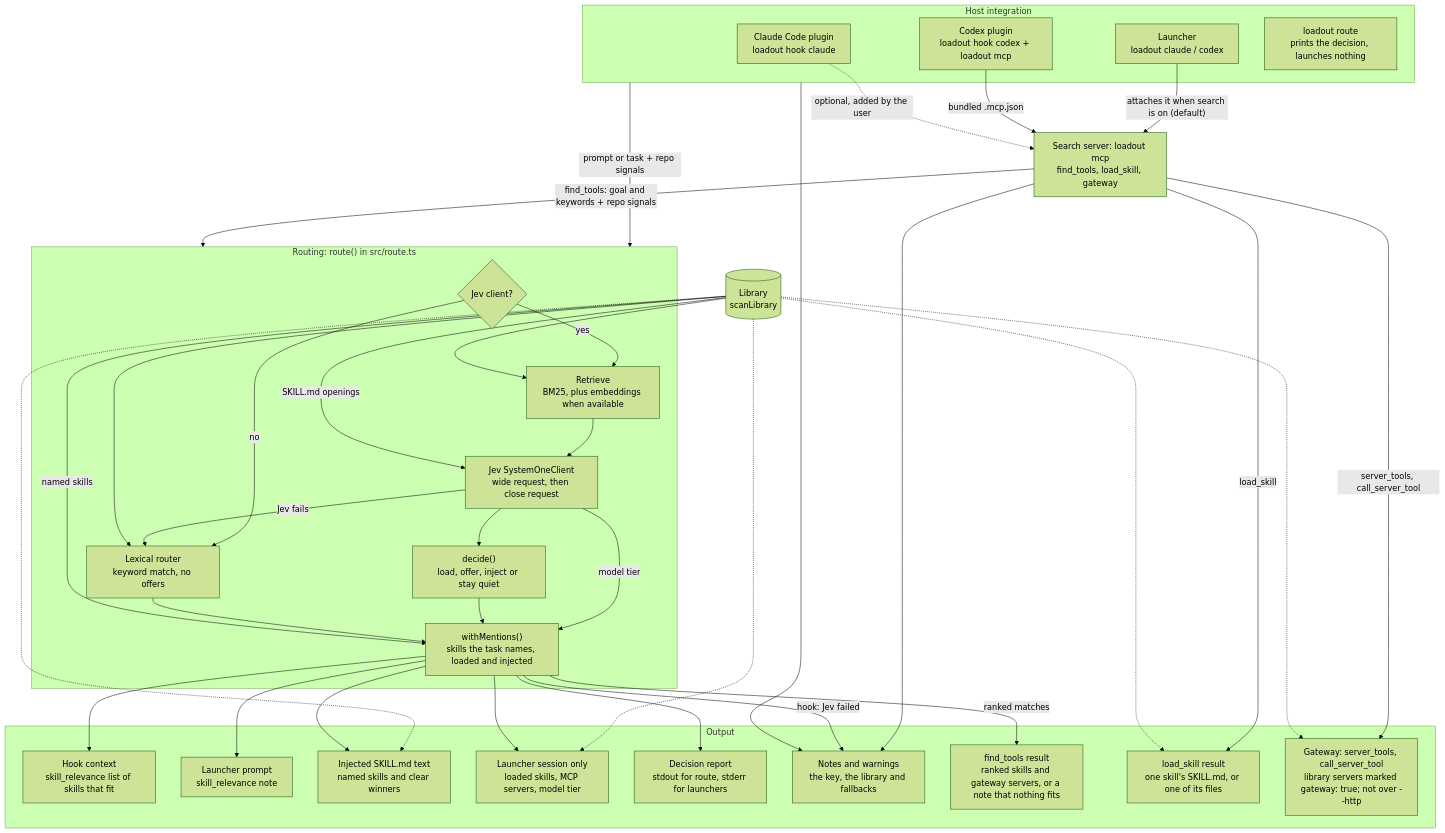
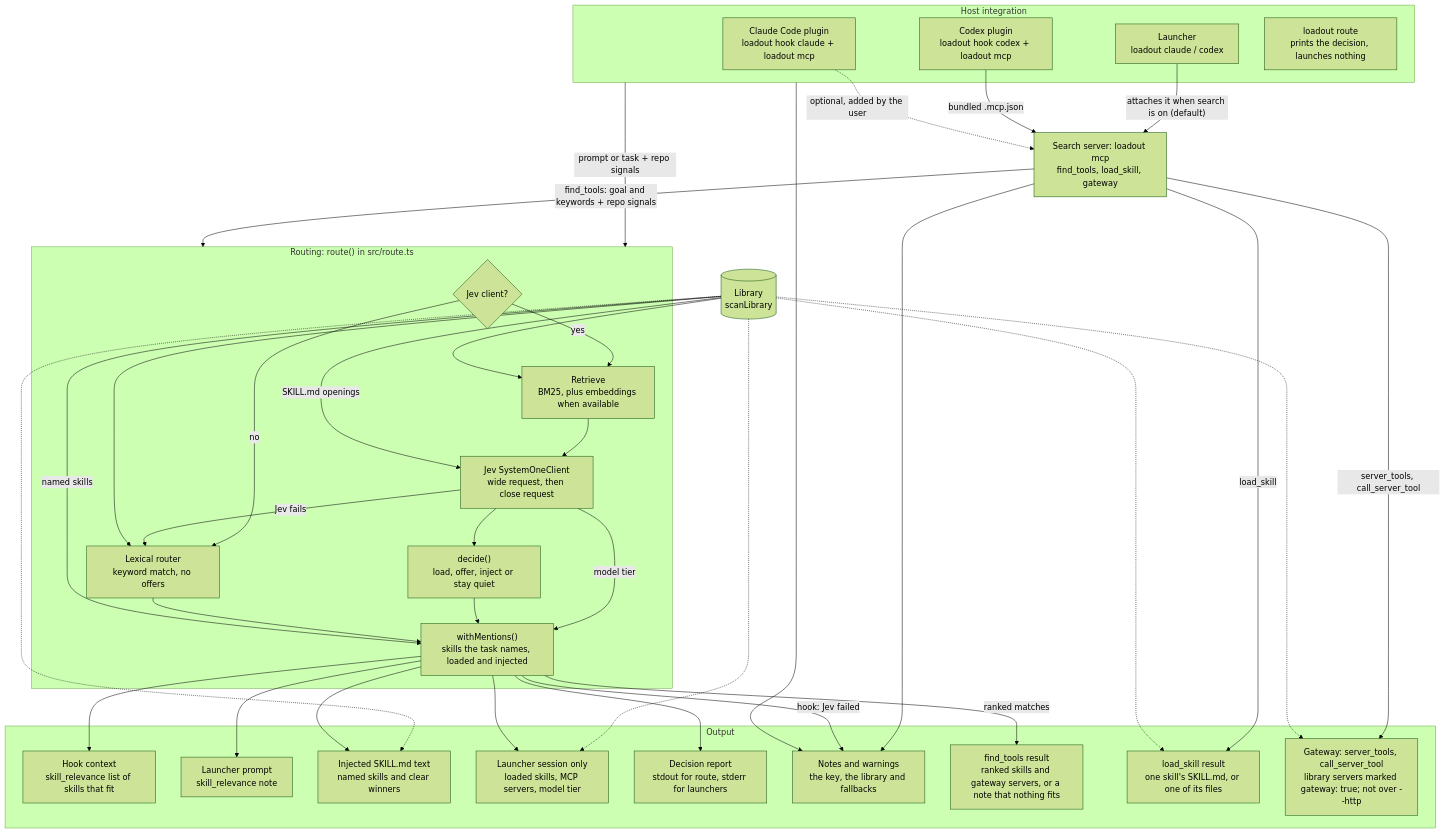
The diagram in DESIGN.md (erik-hedstrom/loadout), drawn with Mermaid (forest theme) before and after one commit. The commit also changed other lines of this file and 19 other files, not shown here.

First line of the commit message:
D13: the Claude Code plugin carries the loadout MCP server (#72)

````diff
--- a/DESIGN.md
+++ b/DESIGN.md
@@ -32,67 +32,67 @@
 ```mermaid
 flowchart TB
     subgraph host["Host integration"]
-        CH["Claude Code plugin<br/>loadout hook claude"]
+        CH["Claude Code plugin<br/>loadout hook claude + loadout mcp"]
         XH["Codex plugin<br/>loadout hook codex + loadout mcp"]
         LA["Launcher<br/>loadout claude / codex"]
         RT["loadout route<br/>prints the decision, launches nothing"]
     end
 
     MS["Search server: loadout mcp<br/>find_tools, load_skill, gateway"]
 
     LIB[("Library<br/>scanLibrary")]
 
     subgraph routing["Routing: route() in src/route.ts"]
         GATE{"Jev client?"}
         RET["Retrieve<br/>BM25, plus embeddings when available"]
         JEV["Jev SystemOneClient<br/>wide request, then close request"]
         DEC["decide()<br/>load, offer, inject or stay quiet"]
         LEX["Lexical router<br/>keyword match, no offers"]
         MEN["withMentions()<br/>skills the task names, loaded and injected"]
         GATE -->|"yes"| RET
         GATE -->|"no"| LEX
         RET --> JEV
         JEV -->|"Jev fails"| LEX
         JEV --> DEC
         JEV -->|"model tier"| MEN
         DEC --> MEN
         LEX --> MEN
     end
 
     subgraph out["Output"]
         HC["Hook context<br/>skill_relevance list of skills that fit"]
         LC["Launcher prompt<br/>skill_relevance note"]
         INJ["Injected SKILL.md text<br/>named skills and clear winners"]
         LSN["Launcher session only<br/>loaded skills, MCP servers, model tier"]
         DR["Decision report<br/>stdout for route, stderr for launchers"]
         NOTE["Notes and warnings<br/>the key, the library and fallbacks"]
         FSR["find_tools result<br/>ranked skills and gateway servers, or a note that nothing fits"]
         LS["load_skill result<br/>one skill's SKILL.md, or one of its files"]
         GW["Gateway: server_tools, call_server_tool<br/>library servers marked gateway: true; not over --http"]
     end
 
     host -->|"prompt or task + repo signals"| routing
     LA -->|"attaches it when search is on (default)"| MS
     XH -->|"bundled .mcp.json"| MS
     CH -.->|"optional, added by the user"| MS
     MS -->|"find_tools: goal and keywords + repo signals"| routing
     MS -->|"load_skill"| LS
     MS -->|"server_tools, call_server_tool"| GW
     LIB --> RET
     LIB --> LEX
     LIB -->|"named skills"| MEN
     LIB -->|"SKILL.md openings"| JEV
     LIB -.-> INJ
     LIB -.-> LSN
     LIB -.-> LS
     LIB -.-> GW
     host --> NOTE
     MS --> NOTE
     MEN --> HC
     MEN --> LC
     MEN --> INJ
     MEN --> LSN
     MEN --> DR
     MEN -->|"hook: Jev failed"| NOTE
     MEN -->|"ranked matches"| FSR
 ```
````
